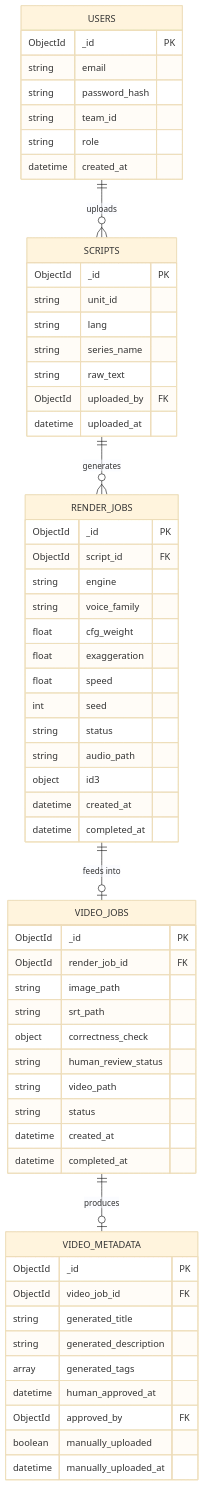
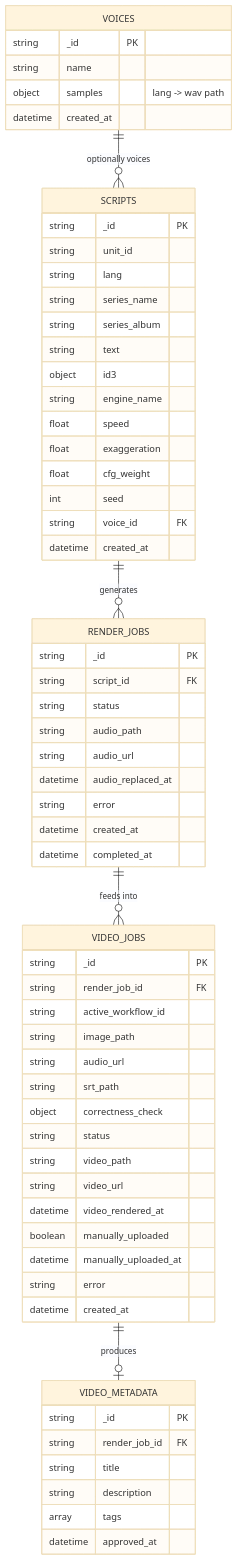
One commit to geosp/mx-narrator changed the third of 7 diagrams in docs/rfc-narrator-studio.md. Above: the diagram before and after it, drawn with Mermaid (base theme). The commit also changed other lines of this file, not shown here.

````diff
--- a/docs/rfc-narrator-studio.md
+++ b/docs/rfc-narrator-studio.md
@@ -150,63 +189,66 @@
 ```mermaid
 erDiagram
-    USERS ||--o{ SCRIPTS : uploads
     SCRIPTS ||--o{ RENDER_JOBS : generates
-    RENDER_JOBS ||--o| VIDEO_JOBS : "feeds into"
+    VOICES ||--o{ SCRIPTS : "optionally voices"
+    RENDER_JOBS ||--o{ VIDEO_JOBS : "feeds into"
     VIDEO_JOBS ||--o| VIDEO_METADATA : produces
 
-    USERS {
-        ObjectId _id PK
-        string email
-        string password_hash
-        string team_id
-        string role
-        datetime created_at
-    }
     SCRIPTS {
-        ObjectId _id PK
+        string _id PK
         string unit_id
         string lang
         string series_name
-        string raw_text
-        ObjectId uploaded_by FK
-        datetime uploaded_at
+        string series_album
+        string text
+        object id3
+        string engine_name
+        float speed
+        float exaggeration
+        float cfg_weight
+        int seed
+        string voice_id FK
+        datetime created_at
+    }
+    VOICES {
+        string _id PK
+        string name
+        object samples "lang -> wav path"
+        datetime created_at
     }
     RENDER_JOBS {
-        ObjectId _id PK
-        ObjectId script_id FK
-        string engine
-        string voice_family
-        float cfg_weight
-        float exaggeration
-        float speed
-        int seed
+        string _id PK
+        string script_id FK
         string status
         string audio_path
-        object id3
+        string audio_url
+        datetime audio_replaced_at
+        string error
         datetime created_at
         datetime completed_at
     }
     VIDEO_JOBS {
-        ObjectId _id PK
-        ObjectId render_job_id FK
+        string _id PK
+        string render_job_id FK
+        string active_workflow_id
         string image_path
+        string audio_url
         string srt_path
         object correctness_check
-        string human_review_status
+        string status
         string video_path
-        string status
+        string video_url
+        datetime video_rendered_at
+        boolean manually_uploaded
+        datetime manually_uploaded_at
+        string error
         datetime created_at
-        datetime completed_at
     }
     VIDEO_METADATA {
-        ObjectId _id PK
-        ObjectId video_job_id FK
-        string generated_title
-        string generated_description
-        array generated_tags
-        datetime human_approved_at
-        ObjectId approved_by FK
-        boolean manually_uploaded
-        datetime manually_uploaded_at
+        string _id PK
+        string render_job_id FK
+        string title
+        string description
+        array tags
+        datetime approved_at
     }
 ```
````
